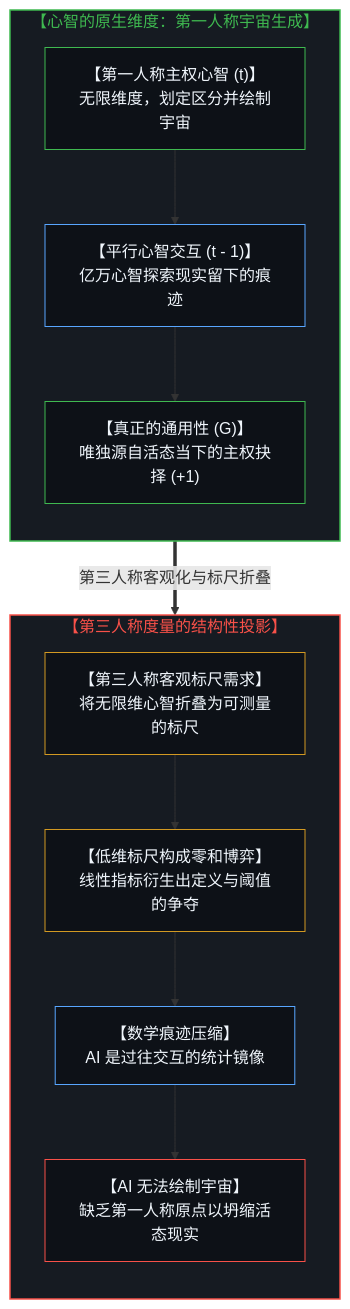
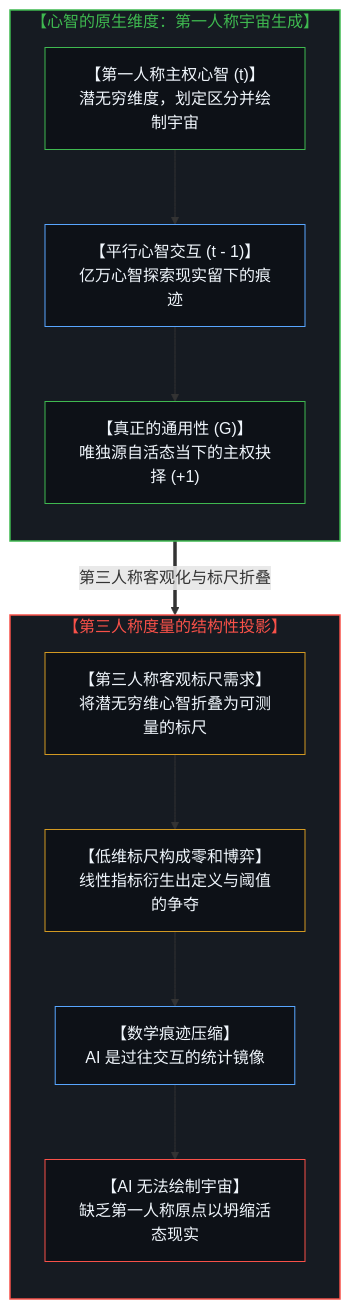
One commit to powerpig99/not-a-toe changed diagram 13 of 16 in content/posts/the-dissolution-of-the-great-reversal.md. Above: the diagram before and after it, drawn with Mermaid. The commit also changed other lines of this file and 3 other files, not shown here.

````diff
--- a/content/posts/the-dissolution-of-the-great-reversal.md
+++ b/content/posts/the-dissolution-of-the-great-reversal.md
@@ -481,31 +481,31 @@
 ```mermaid
 flowchart TD
     subgraph S_Cosmic["【心智的原生维度：第一人称宇宙生成】"]
         direction TB
-        SovereignObserver["【第一人称主权心智 (t)】<br/>无限维度，划定区分并绘制宇宙"]
+        SovereignObserver["【第一人称主权心智 (t)】<br/>潜无穷维度，划定区分并绘制宇宙"]
         ParallelMindInteractions["【平行心智交互 (t - 1)】<br/>亿万心智探索现实留下的痕迹"]
         TrueGeneralWisdom["【真正的通用性 (G)】<br/>唯独源自活态当下的主权抉择 (+1)"]
         SovereignObserver --> ParallelMindInteractions
         ParallelMindInteractions --> TrueGeneralWisdom
     end
     S_Cosmic ==>|"第三人称客观化与标尺折叠"| S_AGIMirror
     subgraph S_AGIMirror["【第三人称度量的结构性投影】"]
         direction TB
-        MetricProjection["【第三人称客观标尺需求】<br/>将无限维心智折叠为可测量的标尺"]
+        MetricProjection["【第三人称客观标尺需求】<br/>将潜无穷维心智折叠为可测量的标尺"]
         ZeroSumStructure["【低维标尺构成零和博弈】<br/>线性指标衍生出定义与阈值的争夺"]
         ModelCompression["【数学痕迹压缩】<br/>AI 是过往交互的统计镜像"]
         NoUniversePainting["【AI 无法绘制宇宙】<br/>缺乏第一人称原点以坍缩活态现实"]
         MetricProjection --> ZeroSumStructure
         ZeroSumStructure --> ModelCompression
         ModelCompression --> NoUniversePainting
     end
     style S_Cosmic fill:#161b22,stroke:#3fb950,stroke-width:1.5px,color:#3fb950
     style S_AGIMirror fill:#161b22,stroke:#f85149,stroke-width:1.5px,color:#f85149
     style SovereignObserver fill:#0d1117,stroke:#3fb950,stroke-width:1px,color:#f0f6fc
     style ParallelMindInteractions fill:#0d1117,stroke:#58a6ff,stroke-width:1px,color:#f0f6fc
     style TrueGeneralWisdom fill:#0d1117,stroke:#3fb950,stroke-width:1px,color:#f0f6fc
     style MetricProjection fill:#0d1117,stroke:#d29922,stroke-width:1px,color:#f0f6fc
     style ZeroSumStructure fill:#0d1117,stroke:#d29922,stroke-width:1px,color:#f0f6fc
     style ModelCompression fill:#0d1117,stroke:#58a6ff,stroke-width:1px,color:#f0f6fc
     style NoUniversePainting fill:#0d1117,stroke:#f85149,stroke-width:1px,color:#f0f6fc
 ```
````
